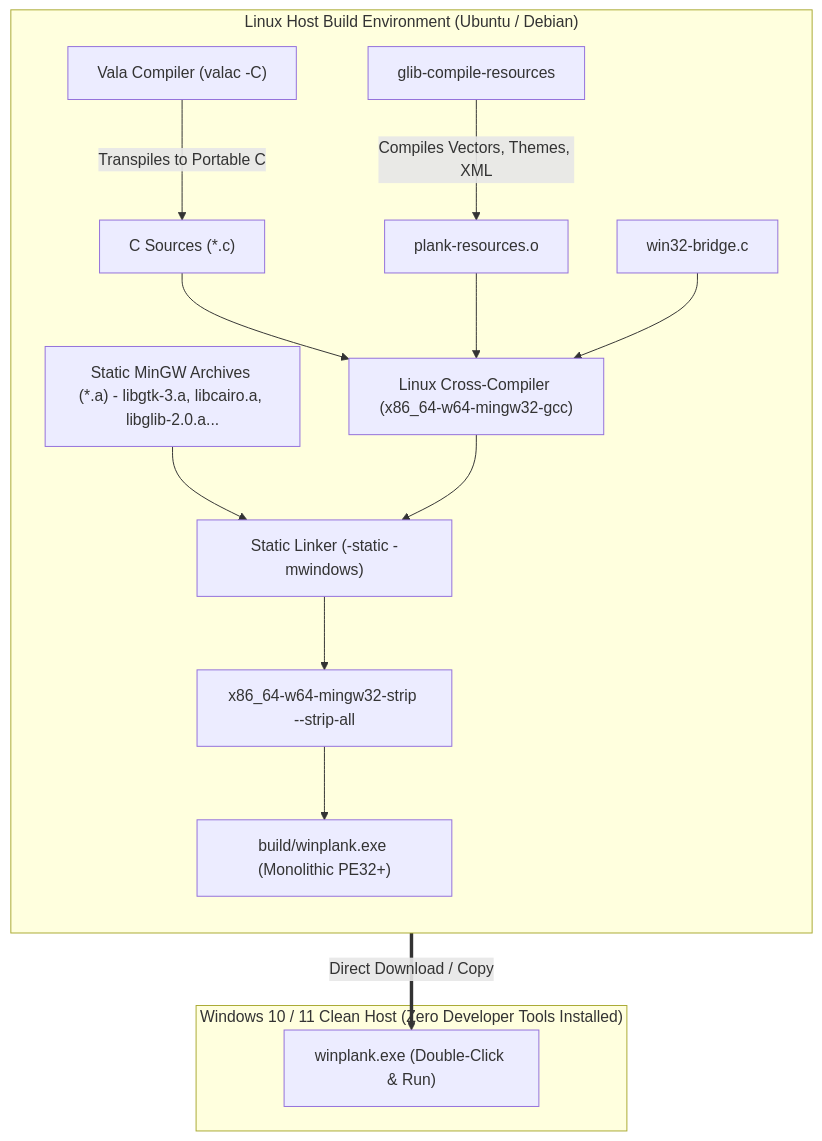
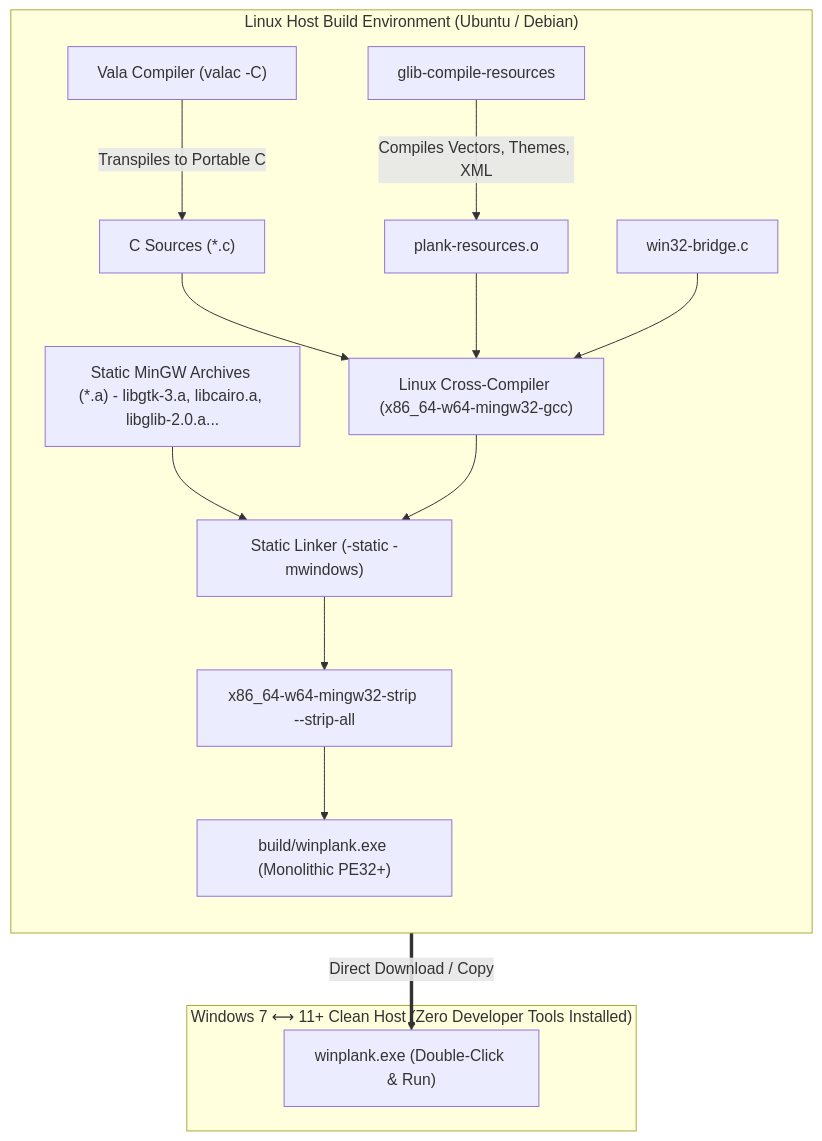
One commit to sergiomelas/WayPlank changed the first of 7 diagrams in Documentation/WINPLANK_PORT_BATTLE_PLAN.md. Above: the diagram before and after it, drawn with Mermaid. The commit also changed other lines of this file and 76 other files, not shown here.

````diff
--- a/Documentation/WINPLANK_PORT_BATTLE_PLAN.md
+++ b/Documentation/WINPLANK_PORT_BATTLE_PLAN.md
@@ -39,22 +40,22 @@
 ```mermaid
 flowchart TD
     subgraph HOST ["Linux Host Build Environment (Ubuntu / Debian)"]
         direction TB
         VALA["Vala Compiler (valac -C)"] -->|"Transpiles to Portable C"| C_SRC["C Sources (*.c)"]
         RES["glib-compile-resources"] -->|"Compiles Vectors, Themes, XML"| RES_OBJ["plank-resources.o"]
         
         C_SRC --> CROSS["Linux Cross-Compiler (x86_64-w64-mingw32-gcc)"]
         RES_OBJ --> CROSS
         BRIDGE["win32-bridge.c"] --> CROSS
 
         STATIC_LIBS["Static MinGW Archives (*.a) - libgtk-3.a, libcairo.a, libglib-2.0.a..."] --> LINK["Static Linker (-static -mwindows)"]
         CROSS --> LINK
 
         LINK --> STRIP["x86_64-w64-mingw32-strip --strip-all"]
         STRIP --> OUT["build/winplank.exe (Monolithic PE32+)"]
     end
 
-    subgraph TARGET ["Windows 10 / 11 Clean Host (Zero Developer Tools Installed)"]
+    subgraph TARGET ["Windows 7 ⟷ 11+ Clean Host (Zero Developer Tools Installed)"]
         OUT ==>|"Direct Download / Copy"| EXE["winplank.exe (Double-Click & Run)"]
     end
 ```
````
